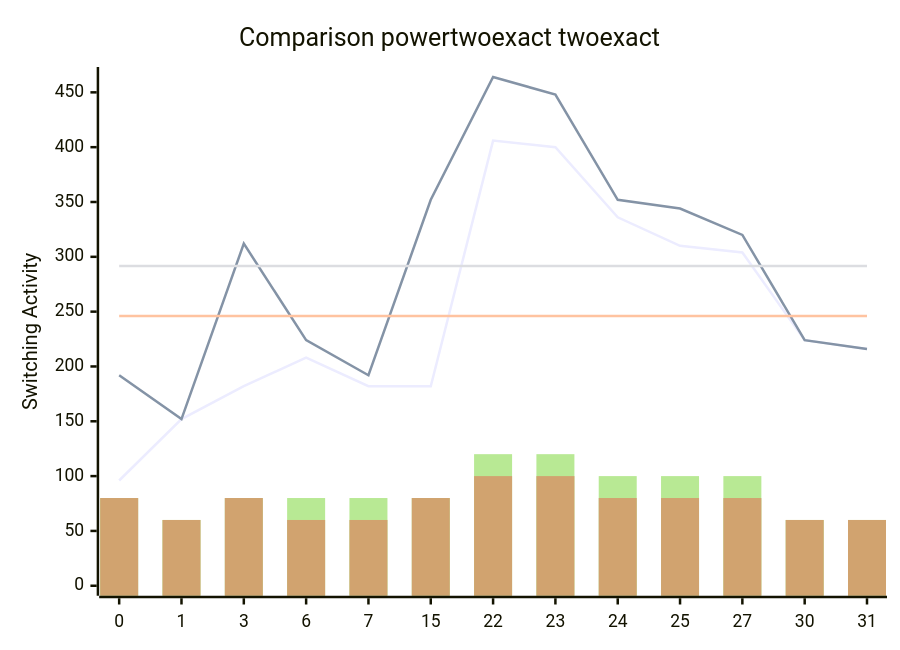
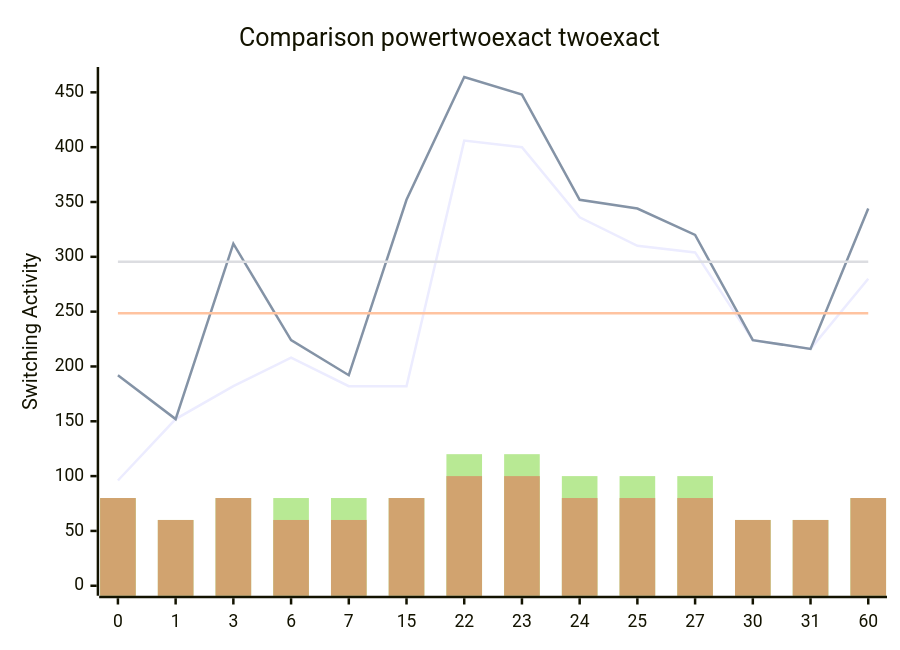
The diagram in benchmark.md (FeldmeierMichael/Exact-Power-Synthesis), drawn with Mermaid before and after one commit. The commit also changed other lines of this file and 2 other files, not shown here.

````diff
--- a/benchmark.md
+++ b/benchmark.md
@@ -31,12 +33,12 @@
 ```mermaid
 xychart-beta
     title "Comparison powertwoexact twoexact"
-    x-axis [0, 1, 3, 6, 7, 15, 22, 23, 24, 25, 27, 30, 31]
+    x-axis [0, 1, 3, 6, 7, 15, 22, 23, 24, 25, 27, 30, 31, 60]
     y-axis "Switching Activity" 0-->464
-    line [96, 152, 182, 208, 182, 182, 406, 400, 336, 310, 304, 224, 216]
-    line [192, 152, 312, 224, 192, 352, 464, 448, 352, 344, 320, 224, 216]
-    line [246.0, 246.0, 246.0, 246.0, 246.0, 246.0, 246.0, 246.0, 246.0, 246.0, 246.0, 246.0, 246.0]
-    line [291.6923076923077, 291.6923076923077, 291.6923076923077, 291.6923076923077, 291.6923076923077, 291.6923076923077, 291.6923076923077, 291.6923076923077, 291.6923076923077, 291.6923076923077, 291.6923076923077, 291.6923076923077, 291.6923076923077]
-    bar [80, 60, 80, 80, 80, 80, 120, 120, 100, 100, 100, 60, 60]
-    bar [80, 60, 80, 60, 60, 80, 100, 100, 80, 80, 80, 60, 60]
+    line [96, 152, 182, 208, 182, 182, 406, 400, 336, 310, 304, 224, 216, 280]
+    line [192, 152, 312, 224, 192, 352, 464, 448, 352, 344, 320, 224, 216, 344]
+    line [248.42857142857142, 248.42857142857142, 248.42857142857142, 248.42857142857142, 248.42857142857142, 248.42857142857142, 248.42857142857142, 248.42857142857142, 248.42857142857142, 248.42857142857142, 248.42857142857142, 248.42857142857142, 248.42857142857142, 248.42857142857142]
+    line [295.42857142857144, 295.42857142857144, 295.42857142857144, 295.42857142857144, 295.42857142857144, 295.42857142857144, 295.42857142857144, 295.42857142857144, 295.42857142857144, 295.42857142857144, 295.42857142857144, 295.42857142857144, 295.42857142857144, 295.42857142857144]
+    bar [80, 60, 80, 80, 80, 80, 120, 120, 100, 100, 100, 60, 60, 80]
+    bar [80, 60, 80, 60, 60, 80, 100, 100, 80, 80, 80, 60, 60, 80]
 ```
````
